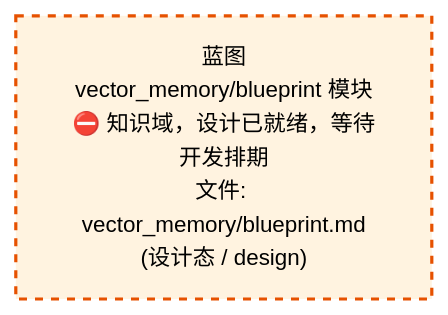
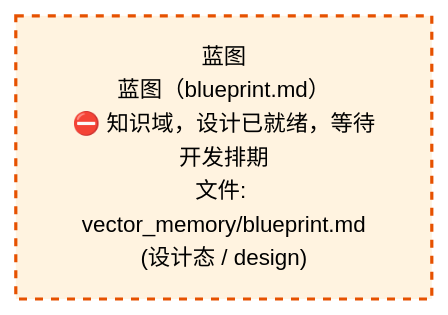
The first of 2 diagrams in docs/02_enterprise_architecture/02_domain_architecture_docs/58_d_knowledge.md (xuanFelixVan/ZephyrAlpha), drawn with Mermaid before and after one commit. The commit also changed other lines of this file and 61 other files, not shown here.

````diff
--- a/docs/02_enterprise_architecture/02_domain_architecture_docs/58_d_knowledge.md
+++ b/docs/02_enterprise_architecture/02_domain_architecture_docs/58_d_knowledge.md
@@ -53,10 +53,10 @@
 ```mermaid
 %%{init: {'theme': 'base', 'themeVariables': {'primaryColor': '#eaeaea', 'primaryTextColor': '#333333', 'primaryBorderColor': '#666666', 'lineColor': '#666666', 'secondaryColor': '#eaeaea', 'tertiaryColor': '#eaeaea', 'fontSize': '14px'}}}%%
 flowchart TD
-    docs_03_modules_domain_knowledge_vector_memory_blueprint_md["蓝图<br/>vector_memory/blueprint 模块<br/>⛔ 知识域，设计已就绪，等待开发排期<br/>文件: vector_memory/blueprint.md<br/>(设计态 / design)"]
+    docs_03_modules_domain_knowledge_vector_memory_blueprint_md["蓝图<br/>蓝图（blueprint.md）<br/>⛔ 知识域，设计已就绪，等待开发排期<br/>文件: vector_memory/blueprint.md<br/>(设计态 / design)"]
     classDef production fill:#e1f5fe,stroke:#01579b,stroke-width:2px,color:#000
     classDef design fill:#fff3e0,stroke:#e65100,stroke-width:2px,color:#000,stroke-dasharray: 5 5
     classDef external_prod fill:#e8f4fd,stroke:#0277bd,stroke-width:1px,color:#000
     classDef external_design fill:#fff8e7,stroke:#ef6c00,stroke-width:1px,color:#000,stroke-dasharray: 5 5
     class docs_03_modules_domain_knowledge_vector_memory_blueprint_md design
 ```
````
